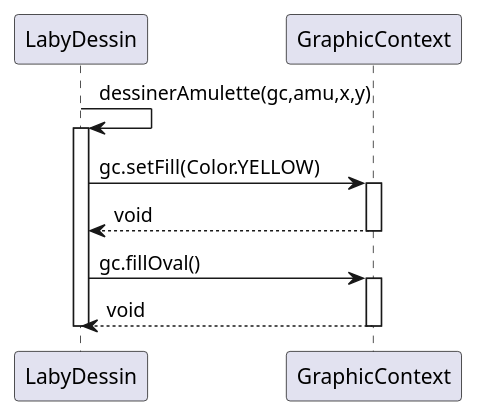
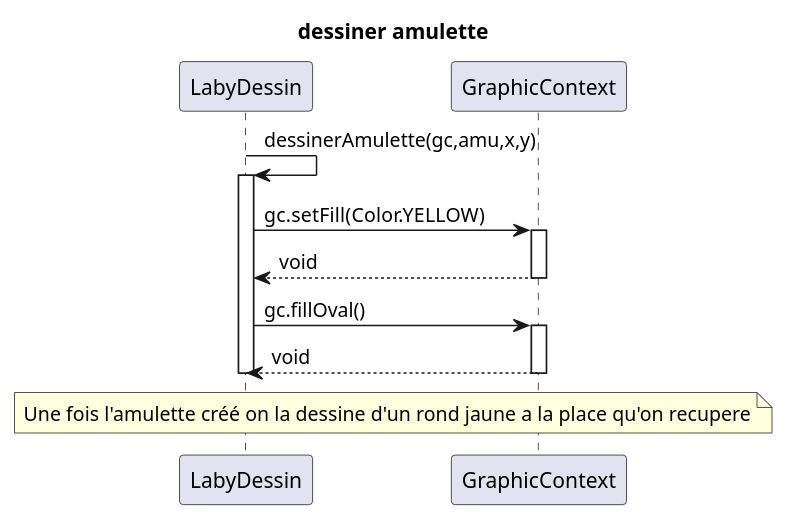
The diagram in zeldiablo/documents/version_5/diagseq_dessinerAmulette.puml (LukaSalvo/SAE2024), drawn with PlantUML before and after one commit. The commit also changed 5 other files, not shown here.

```diff
--- a/zeldiablo/documents/version_5/diagseq_dessinerAmulette.puml
+++ b/zeldiablo/documents/version_5/diagseq_dessinerAmulette.puml
@@ -1,13 +1,17 @@
 @startuml
+title : dessiner amulette
 LabyDessin -> LabyDessin:dessinerAmulette(gc,amu,x,y)
 activate LabyDessin
 LabyDessin -> GraphicContext:gc.setFill(Color.YELLOW)
 activate GraphicContext
 GraphicContext --> LabyDessin:void
 deactivate GraphicContext
 LabyDessin -> GraphicContext:gc.fillOval()
 activate GraphicContext
 GraphicContext --> LabyDessin:void
 deactivate GraphicContext
 deactivate LabyDessin
+note across
+Une fois l'amulette créé on la dessine d'un rond jaune a la place qu'on recupere
+end note
 @enduml
```
